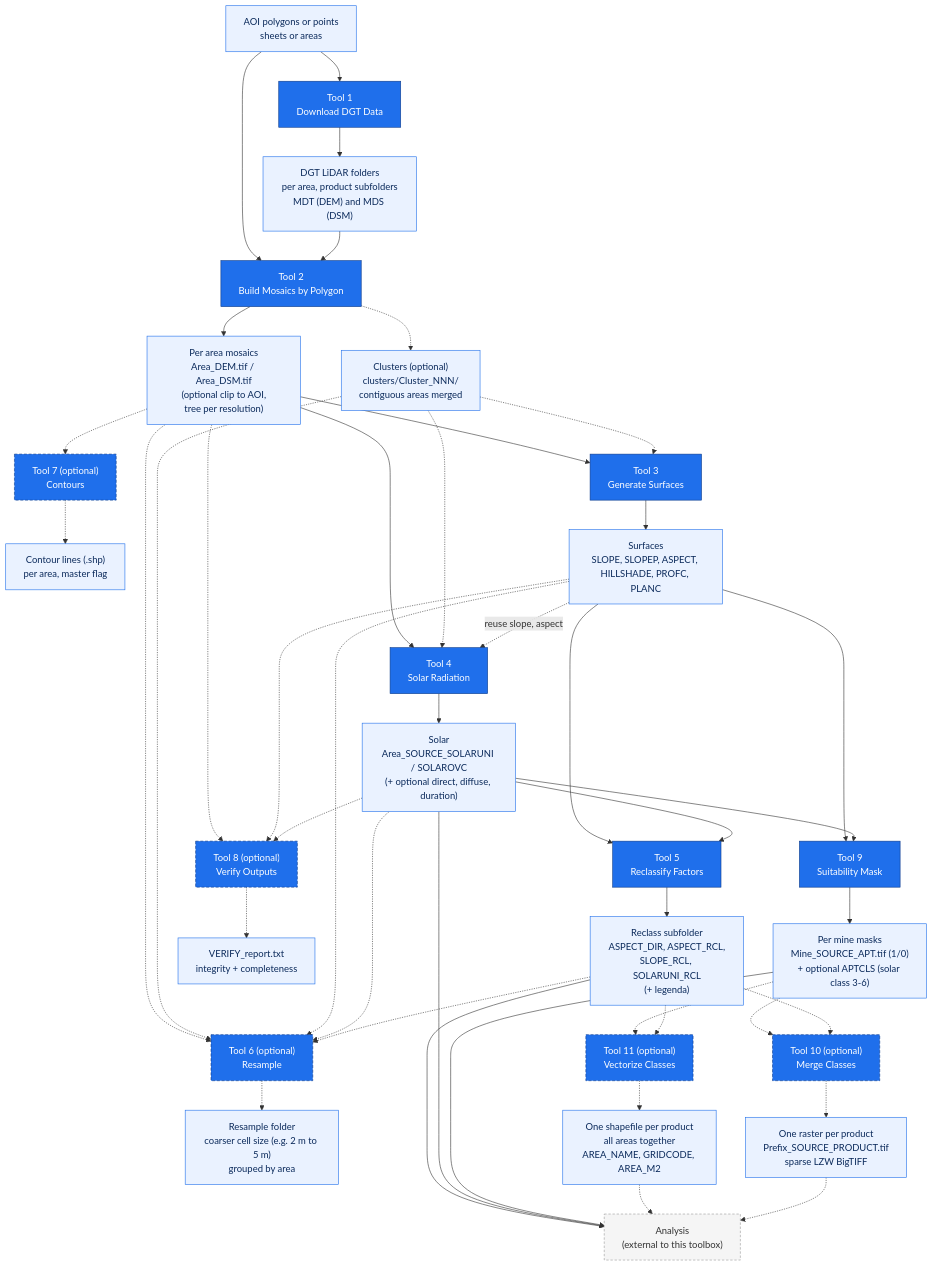
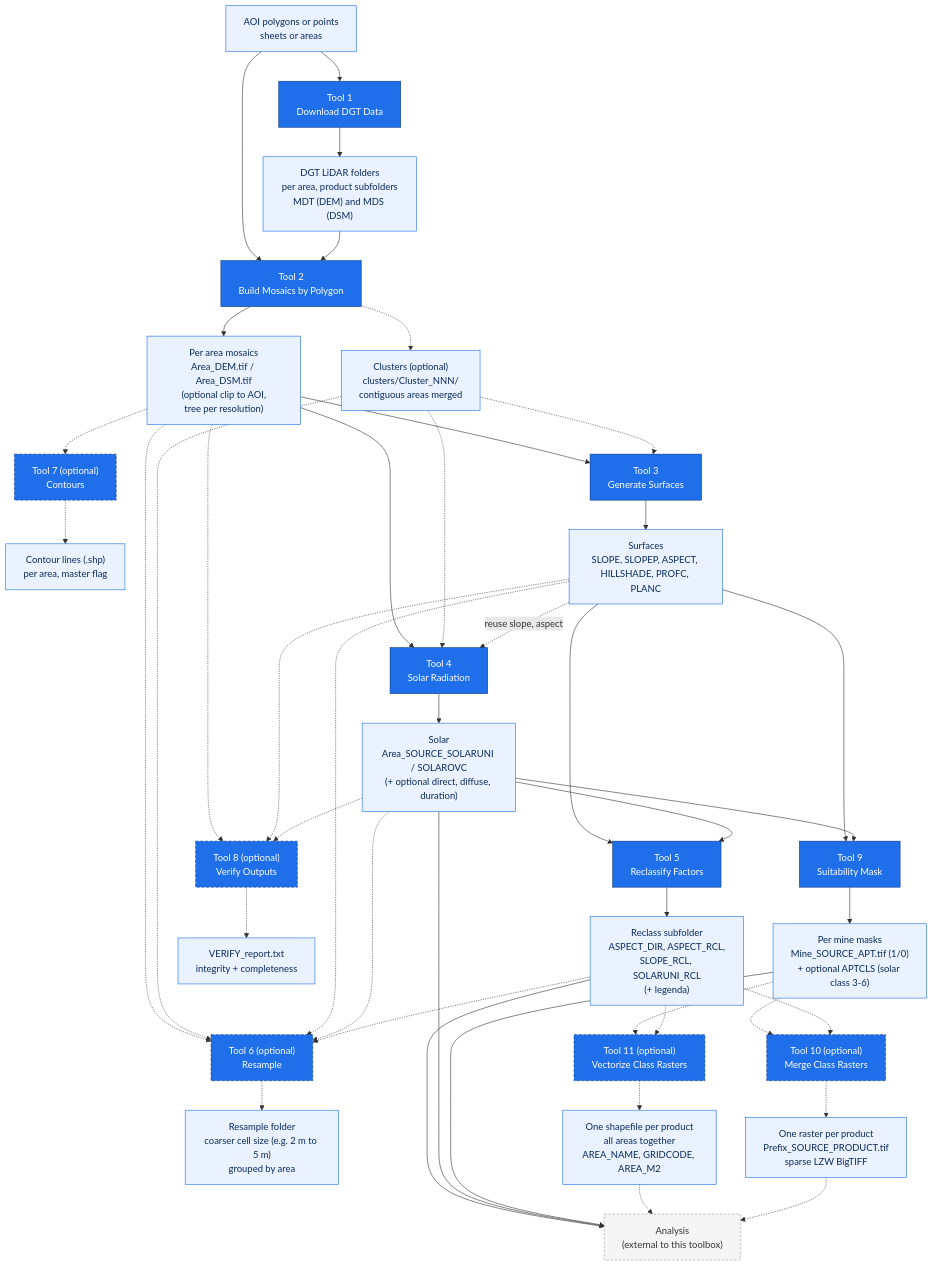
The diagram in README.md (PedroMMGoncalves/lidar-terrain-arcgis-tools), drawn with Mermaid before and after one commit. The commit also changed other lines of this file and 1 other file, not shown here.

````diff
--- a/README.md
+++ b/README.md
@@ -61,56 +61,56 @@
 ```mermaid
 flowchart TD
     AOI["AOI polygons or points<br/>sheets or areas"]
     AOI --> TDL["Tool 1<br/>Download DGT Data"]
     TDL --> LID["DGT LiDAR folders<br/>per area, product subfolders<br/>MDT (DEM) and MDS (DSM)"]
     AOI --> T1
     LID --> T1
     T1["Tool 2<br/>Build Mosaics by Polygon"]
     T1 --> M["Per area mosaics<br/>Area_DEM.tif / Area_DSM.tif<br/>(optional clip to AOI,<br/>tree per resolution)"]
     T1 -.-> CL["Clusters (optional)<br/>clusters/Cluster_NNN/<br/>contiguous areas merged"]
     M --> T2["Tool 3<br/>Generate Surfaces"]
     M --> T3["Tool 4<br/>Solar Radiation"]
     M -.-> T5["Tool 6 (optional)<br/>Resample"]
     M -.-> CT["Tool 7 (optional)<br/>Contours"]
     CT -.-> CO["Contour lines (.shp)<br/>per area, master flag"]
     CL -.-> T2
     CL -.-> T3
     CL -.-> T5
     T2 --> S["Surfaces<br/>SLOPE, SLOPEP, ASPECT, HILLSHADE, PROFC, PLANC"]
     S -.->|reuse slope, aspect| T3
     T3 --> SOL["Solar<br/>Area_SOURCE_SOLARUNI / SOLAROVC<br/>(+ optional direct, diffuse, duration)"]
     T5 -.-> RS["Resample folder<br/>coarser cell size (e.g. 2 m to 5 m)<br/>grouped by area"]
     S -.-> T5
     SOL -.-> T5
     RCL -.-> T5
     S --> T4["Tool 5<br/>Reclassify Factors"]
     SOL --> T4
     T4 --> RCL["Reclass subfolder<br/>ASPECT_DIR, ASPECT_RCL,<br/>SLOPE_RCL, SOLARUNI_RCL<br/>(+ legenda)"]
     S --> T9["Tool 9<br/>Suitability Mask"]
     SOL --> T9
     T9 --> APT["Per mine masks<br/>Mine_SOURCE_APT.tif (1/0)<br/>+ optional APTCLS (solar class 3-6)"]
     M -.-> V8["Tool 8 (optional)<br/>Verify Outputs"]
     S -.-> V8
     SOL -.-> V8
     V8 -.-> REP["VERIFY_report.txt<br/>integrity + completeness"]
-    APT -.-> T10["Tool 10 (optional)<br/>Merge Classes"]
+    APT -.-> T10["Tool 10 (optional)<br/>Merge Class Rasters"]
     RCL -.-> T10
     T10 -.-> BIG["One raster per product<br/>Prefix_SOURCE_PRODUCT.tif<br/>sparse LZW BigTIFF"]
-    APT -.-> T11["Tool 11 (optional)<br/>Vectorize Classes"]
+    APT -.-> T11["Tool 11 (optional)<br/>Vectorize Class Rasters"]
     RCL -.-> T11
     T11 -.-> SHP["One shapefile per product<br/>all areas together<br/>AREA_NAME, GRIDCODE, AREA_M2"]
     RCL --> EXT["Analysis<br/>(external to this toolbox)"]
     SOL --> EXT
     APT --> EXT
     SHP -.-> EXT
     BIG -.-> EXT
 
     classDef tool fill:#1f6feb,stroke:#0d3b8a,color:#ffffff;
     classDef opttool fill:#1f6feb,stroke:#0d3b8a,color:#ffffff,stroke-dasharray:5 3;
     classDef data fill:#eaf2ff,stroke:#1f6feb,color:#0b2a5b;
     classDef ext fill:#f5f5f5,stroke:#999999,color:#333333,stroke-dasharray:4 3;
     class TDL,T1,T2,T3,T4,T9 tool;
     class T5,CT,V8,T10,T11 opttool;
     class AOI,LID,M,S,SOL,RCL,RS,CL,CO,APT,REP,BIG,SHP data;
     class EXT ext;
 ```
````
